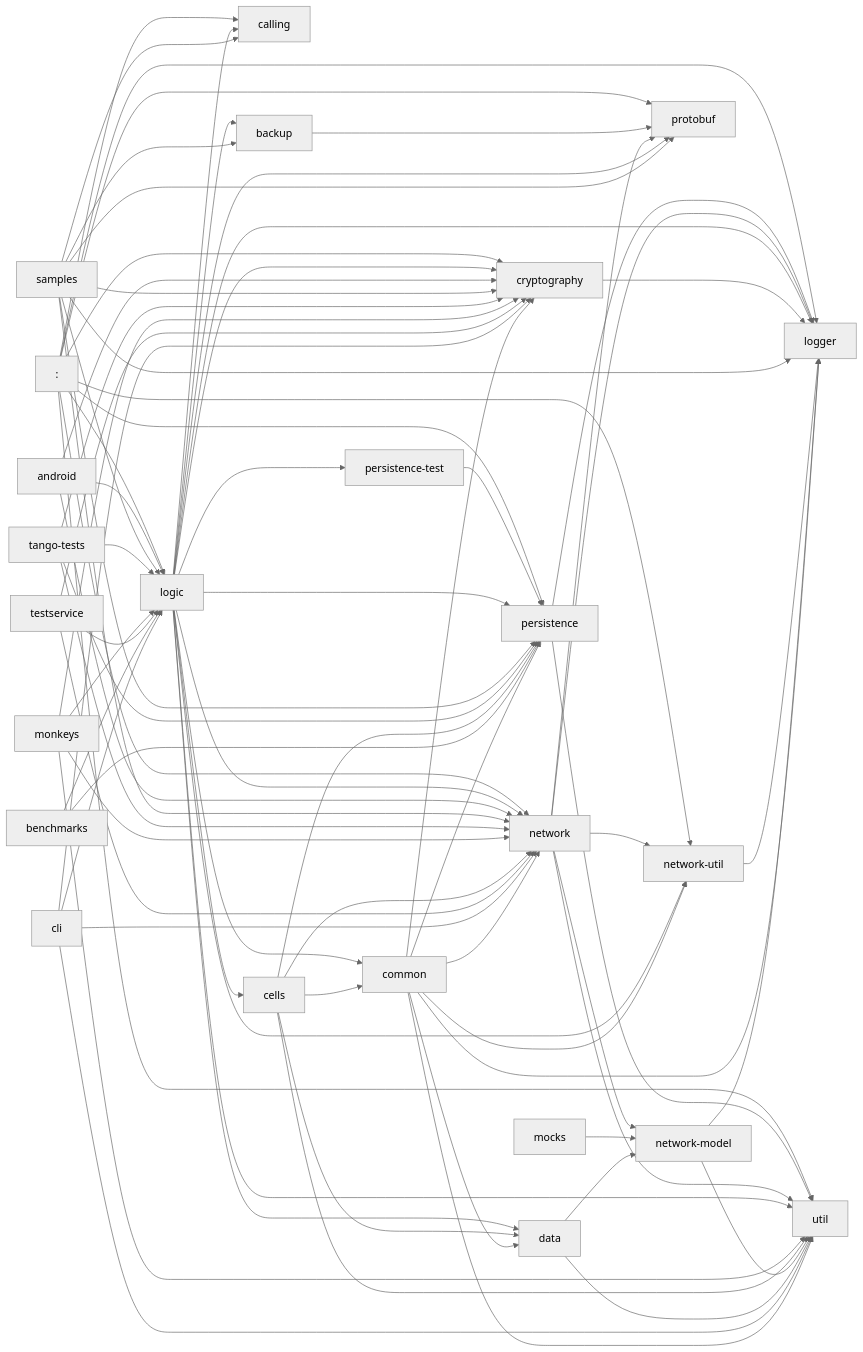
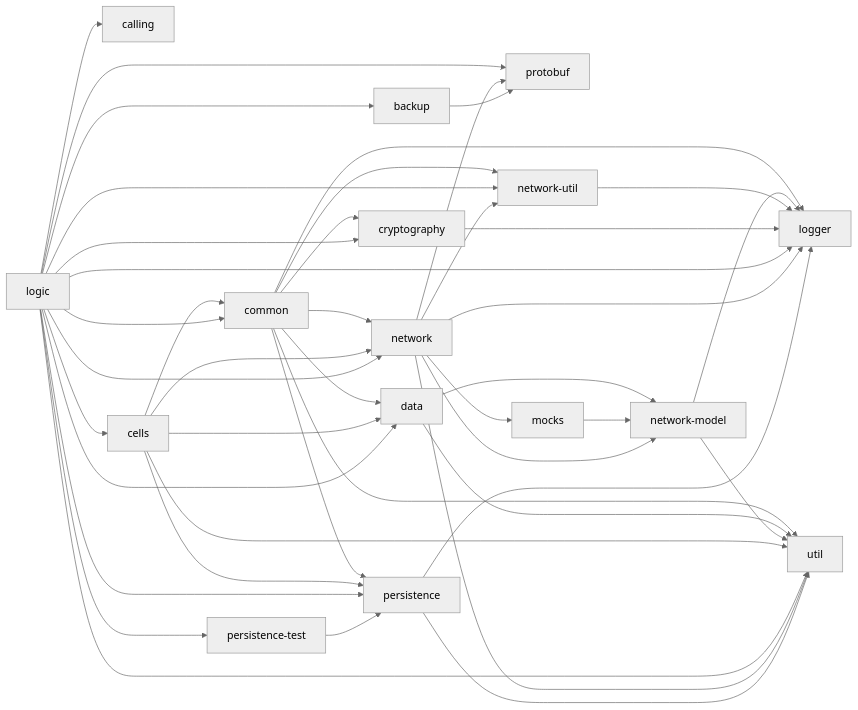
One commit to wireapp/kalium changed the diagram in README.md. Above: the diagram before and after it, drawn with Mermaid. The commit also changed 1 other file, not shown here.

Commit message:
docs: update module graph

```diff
--- a/README.md
+++ b/README.md
@@ -134,15 +134,6 @@
 }%%
 
 graph LR
-  :logic["logic"]
-  :cryptography["cryptography"]
-  :util["util"]
-  :network["network"]
-  :network-util["network-util"]
-  :persistence["persistence"]
-  :logger["logger"]
-  :calling["calling"]
-  :protobuf["protobuf"]
   :persistence["persistence"]
   :logger["logger"]
   :util["util"]
@@ -153,60 +144,33 @@
   :network["network"]
   :network-model["network-model"]
   :network-util["network-util"]
+  :mocks["mocks"]
   :logic["logic"]
   :common["common"]
   :data["data"]
+  :network-util["network-util"]
+  :logger["logger"]
   :calling["calling"]
   :network["network"]
   :cryptography["cryptography"]
+  :persistence["persistence"]
+  :protobuf["protobuf"]
+  :util["util"]
   :cells["cells"]
   :backup["backup"]
   :persistence-test["persistence-test"]
   :cryptography["cryptography"]
-  :android["android"]
+  :mocks["mocks"]
+  :network-util["network-util"]
+  :cells["cells"]
+  :common["common"]
   :network["network"]
+  :data["data"]
+  :network-model["network-model"]
+  :data["data"]
+  :common["common"]
   :cryptography["cryptography"]
-  :logic["logic"]
-  :mocks["mocks"]
-  :network-model["network-model"]
-  :samples["samples"]
-  :logic["logic"]
-  :calling["calling"]
-  :backup["backup"]
-  :cryptography["cryptography"]
-  :protobuf["protobuf"]
-  :logger["logger"]
-  :network["network"]
-  :persistence["persistence"]
-  :network-util["network-util"]
-  :tango-tests["tango-tests"]
-  :network["network"]
-  :logic["logic"]
-  :persistence["persistence"]
-  :cryptography["cryptography"]
-  :monkeys["monkeys"]
-  :util["util"]
-  :cells["cells"]
-  :network-model["network-model"]
-  :testservice["testservice"]
-  :data["data"]
-  :benchmarks["benchmarks"]
-  :persistence["persistence"]
-  :logic["logic"]
-  :cli["cli"]
-  :network["network"]
-  :util["util"]
-  :common["common"]
 
-  : --> :logic
-  : --> :cryptography
-  : --> :util
-  : --> :network
-  : --> :network-util
-  : --> :persistence
-  : --> :logger
-  : --> :calling
-  : --> :protobuf
   :persistence --> :logger
   :persistence --> :util
   :backup --> :protobuf
@@ -216,6 +180,7 @@
   :network --> :protobuf
   :network --> :util
   :network --> :network-util
+  :network --> :mocks
   :logic --> :common
   :logic --> :data
   :logic --> :network-util
@@ -230,27 +195,8 @@
   :logic --> :backup
   :logic --> :persistence-test
   :cryptography --> :logger
-  :android --> :network
-  :android --> :cryptography
-  :android --> :logic
   :mocks --> :network-model
-  :samples --> :logic
-  :samples --> :calling
-  :samples --> :backup
-  :samples --> :cryptography
-  :samples --> :protobuf
-  :samples --> :logger
-  :samples --> :network
-  :samples --> :persistence
   :network-util --> :logger
-  :tango-tests --> :network
-  :tango-tests --> :logic
-  :tango-tests --> :persistence
-  :tango-tests --> :cryptography
-  :monkeys --> :network
-  :monkeys --> :cryptography
-  :monkeys --> :logic
-  :monkeys --> :util
   :cells --> :common
   :cells --> :network
   :cells --> :data
@@ -258,17 +204,8 @@
   :cells --> :persistence
   :network-model --> :logger
   :network-model --> :util
-  :testservice --> :network
-  :testservice --> :cryptography
-  :testservice --> :logic
   :data --> :network-model
   :data --> :util
-  :benchmarks --> :persistence
-  :benchmarks --> :logic
-  :cli --> :network
-  :cli --> :cryptography
-  :cli --> :logic
-  :cli --> :util
   :common --> :data
   :common --> :logger
   :common --> :util
```
